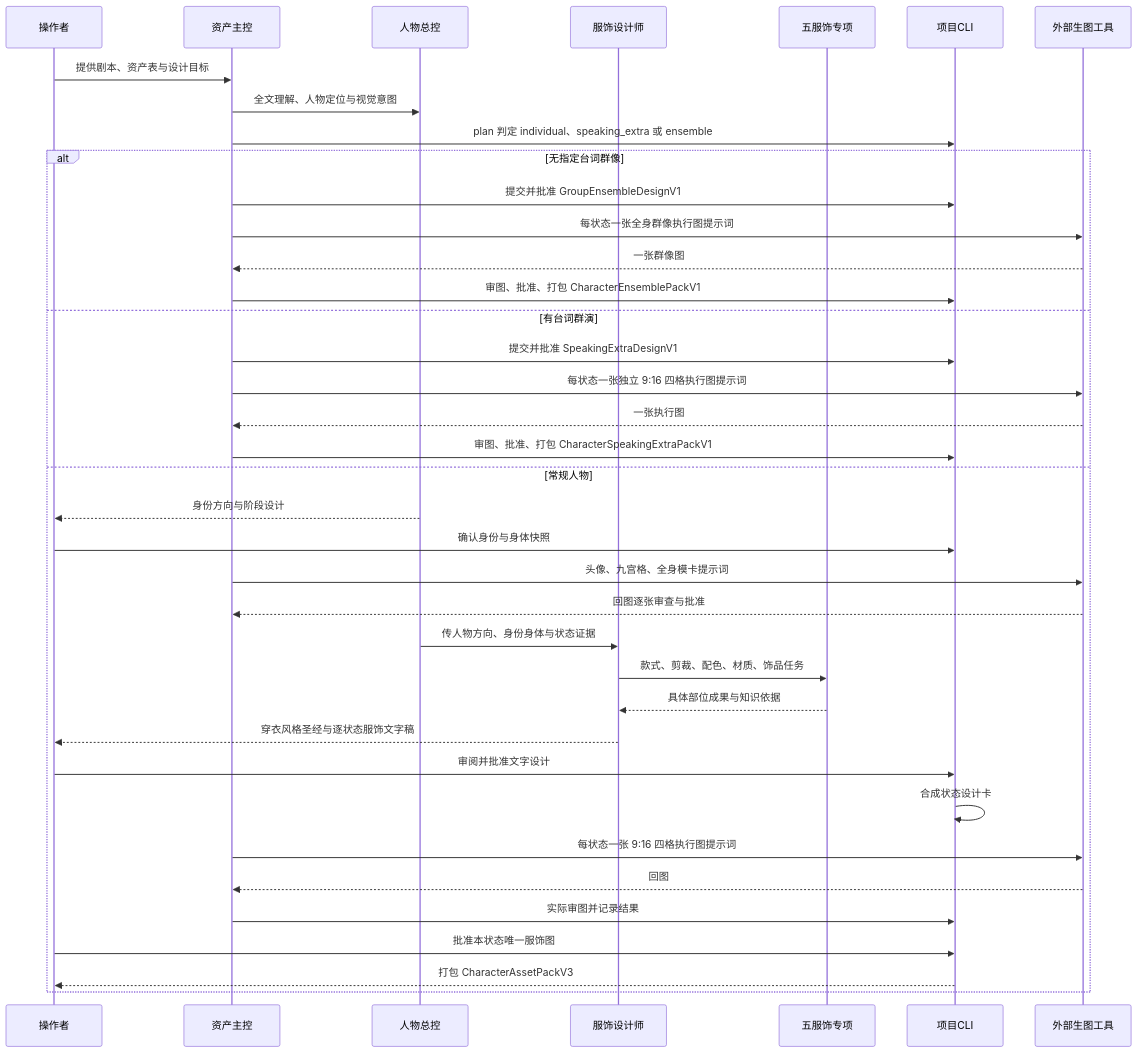
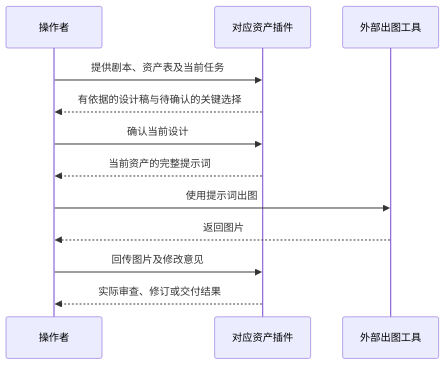
The second of 3 diagrams in README.md (kaibaoxiang-studio/ZiChan), drawn with Mermaid before and after one commit. The commit also changed other lines of this file and 191 other files, not shown here.

````diff
--- a/README.md
+++ b/README.md
@@ -65,40 +70,14 @@
 ```mermaid
 sequenceDiagram
     participant U as 操作者
-    participant P as 资产主控
-    participant D as 人物总控
-    participant W as 服饰设计师
-    participant S as 五服饰专项
-    participant C as 项目CLI
-    participant G as 外部生图工具
-    U->>P: 提供剧本、资产表与设计目标
-    P->>D: 全文理解、人物定位与视觉意图
-    P->>C: plan 判定 individual、speaking_extra 或 ensemble
-    alt 无指定台词群像
-        P->>C: 提交并批准 GroupEnsembleDesignV1
-        P->>G: 每状态一张全身群像执行图提示词
-        G-->>P: 一张群像图
-        P->>C: 审图、批准、打包 CharacterEnsemblePackV1
-    else 有台词群演
-        P->>C: 提交并批准 SpeakingExtraDesignV1
-        P->>G: 每状态一张独立 9:16 四格执行图提示词
-        G-->>P: 一张执行图
-        P->>C: 审图、批准、打包 CharacterSpeakingExtraPackV1
-    else 常规人物
-    D-->>U: 身份方向与阶段设计
-    U->>C: 确认身份与身体快照
-    P->>G: 头像、九宫格、全身模卡提示词
-    G-->>P: 回图逐张审查与批准
-    D->>W: 传人物方向、身份身体与状态证据
-    W->>S: 款式、剪裁、配色、材质、饰品任务
-    S-->>W: 具体部位成果与知识依据
-    W-->>U: 穿衣风格圣经与逐状态服饰文字稿
-    U->>C: 审阅并批准文字设计
-    C->>C: 合成状态设计卡
-    P->>G: 每状态一张 9:16 四格执行图提示词
-    G-->>P: 回图
-    P->>C: 实际审图并记录结果
-    U->>C: 批准本状态唯一服饰图
-    C-->>U: 打包 CharacterAssetPackV3
-    end
+    participant P as 对应资产插件
+    participant X as 外部出图工具
+    U->>P: 提供剧本、资产表及当前任务
+    P-->>U: 有依据的设计稿与待确认的关键选择
+    U->>P: 确认当前设计
+    P-->>U: 当前资产的完整提示词
+    U->>X: 使用提示词出图
+    X-->>U: 返回图片
+    U->>P: 回传图片及修改意见
+    P-->>U: 实际审查、修订或交付结果
 ```
````
